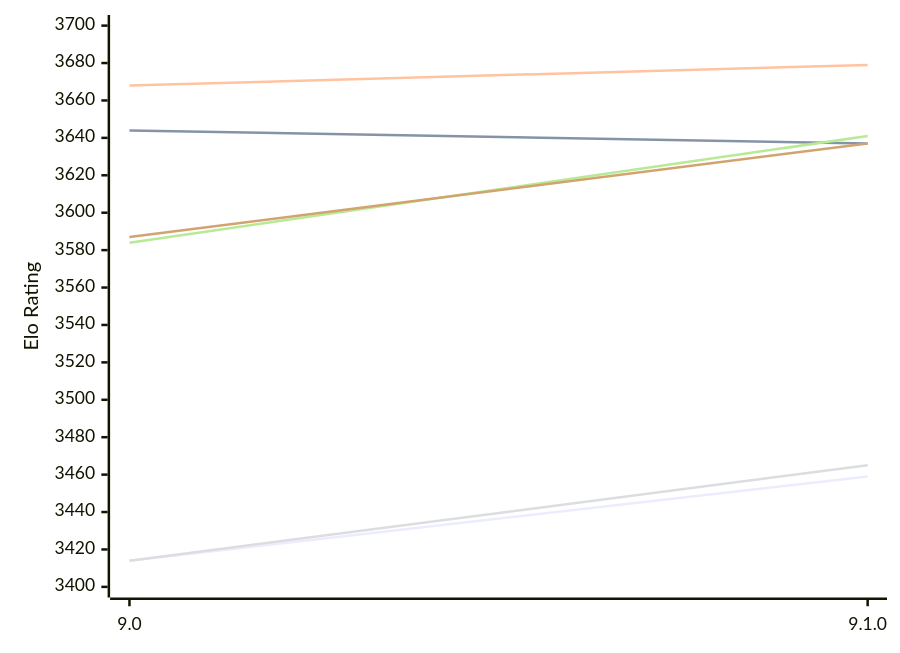
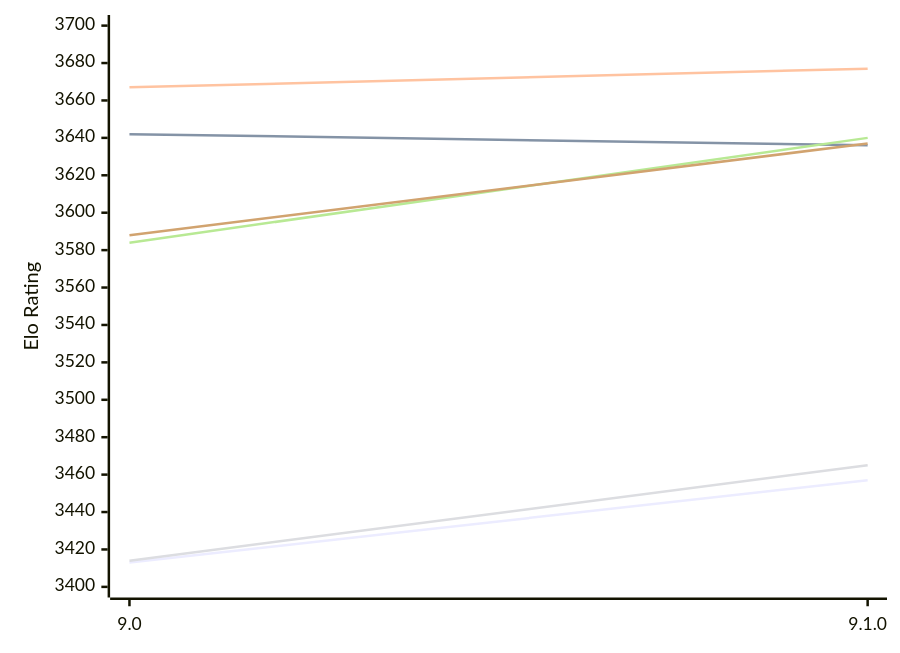
Before and after one commit to computer-chess-index/cci: the first of 2 diagrams in engines/Alexandria.md, drawn with Mermaid. The commit also changed other lines of this file, not shown here.

Commit message:
Update CCI Ratings (ELO VLTC) - 2026-11-27

````diff
--- a/engines/Alexandria.md
+++ b/engines/Alexandria.md
@@ -54,12 +54,12 @@
 ```mermaid
 %%{init: {"theme":"base","themeVariables":{"seriesColors:['#a3a3a3','#222221','#faa371']}}}%%
 xychart-beta
   x-axis ["9.0", "9.1.0"]
   y-axis "Elo Rating" 3400 --> 3700
-  line "E1: STC (8.0+0.08s)" [3414, 3459]
-  line "E1: LTC (60.0+0.60s)" [3644, 3637]
-  line "E1: VLTC (2m24s+1.12s)" [3668, 3679]
+  line "E1: STC (8.0+0.08s)" [3413, 3457]
+  line "E1: LTC (60.0+0.60s)" [3642, 3636]
+  line "E1: VLTC (2m24s+1.12s)" [3667, 3677]
   line "P1: STC (8.0+0.08s)" [3414, 3465]
-  line "P1: LTC (60.0+0.60s)" [3584, 3641]
-  line "P1: VLTC (2m24s+1.12s)" [3587, 3637]
+  line "P1: LTC (60.0+0.60s)" [3584, 3640]
+  line "P1: VLTC (2m24s+1.12s)" [3588, 3637]
 ```
````
